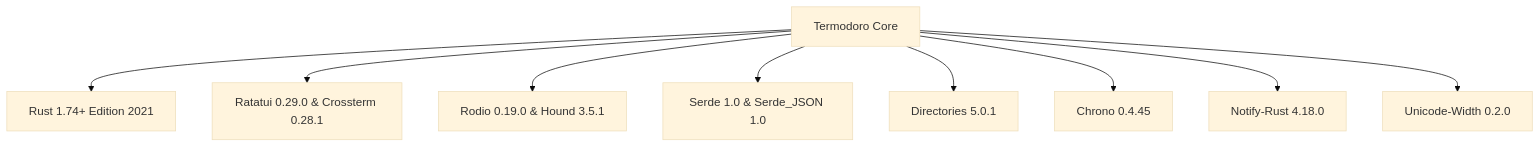
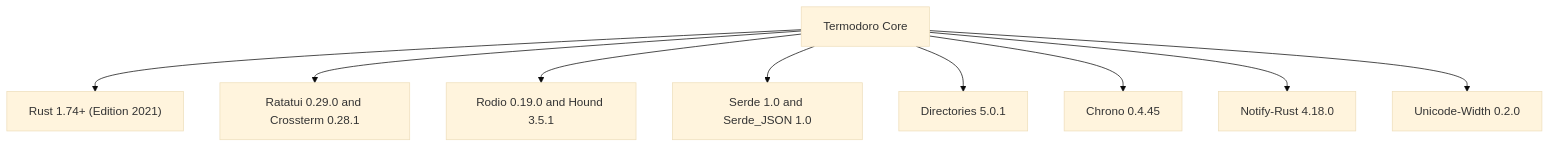
One commit to amanalip/Termodoro changed the first of 4 diagrams in System_design.md. Above: the diagram before and after it, drawn with Mermaid (base theme). The commit also changed other lines of this file, not shown here.

First line of the commit message:
fix(docs): fix Mermaid diagram syntax in System_design.md

````diff
--- a/System_design.md
+++ b/System_design.md
@@ -57,11 +57,11 @@
 ```mermaid
 graph TD
-    A[Termodoro Core] --> B[Rust 1.74+ Edition 2021]
-    A --> C[Ratatui 0.29.0 & Crossterm 0.28.1]
-    A --> D[Rodio 0.19.0 & Hound 3.5.1]
-    A --> E[Serde 1.0 & Serde_JSON 1.0]
-    A --> F[Directories 5.0.1]
-    A --> G[Chrono 0.4.45]
-    A --> H[Notify-Rust 4.18.0]
-    A --> I[Unicode-Width 0.2.0]
+    A["Termodoro Core"] --> B["Rust 1.74+ (Edition 2021)"]
+    A --> C["Ratatui 0.29.0 and Crossterm 0.28.1"]
+    A --> D["Rodio 0.19.0 and Hound 3.5.1"]
+    A --> E["Serde 1.0 and Serde_JSON 1.0"]
+    A --> F["Directories 5.0.1"]
+    A --> G["Chrono 0.4.45"]
+    A --> H["Notify-Rust 4.18.0"]
+    A --> I["Unicode-Width 0.2.0"]
 ```
````
